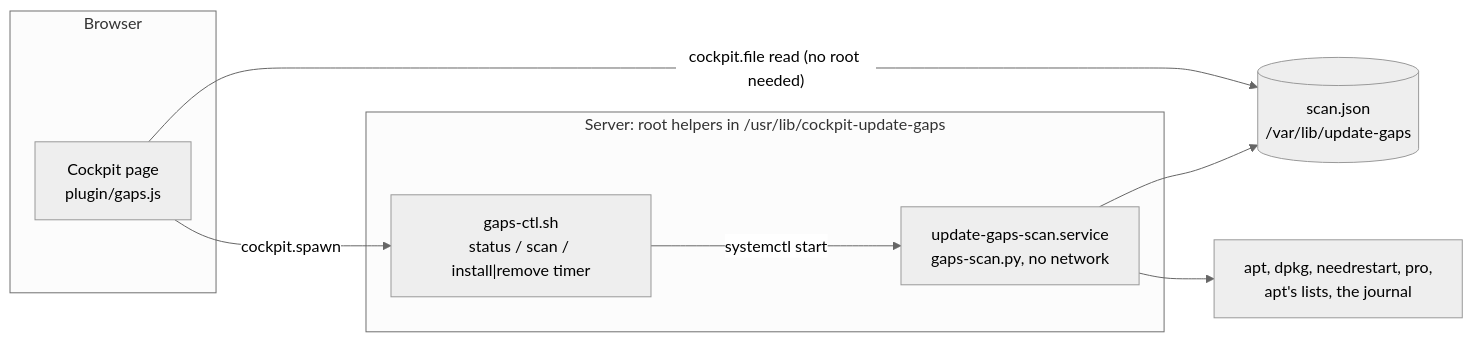
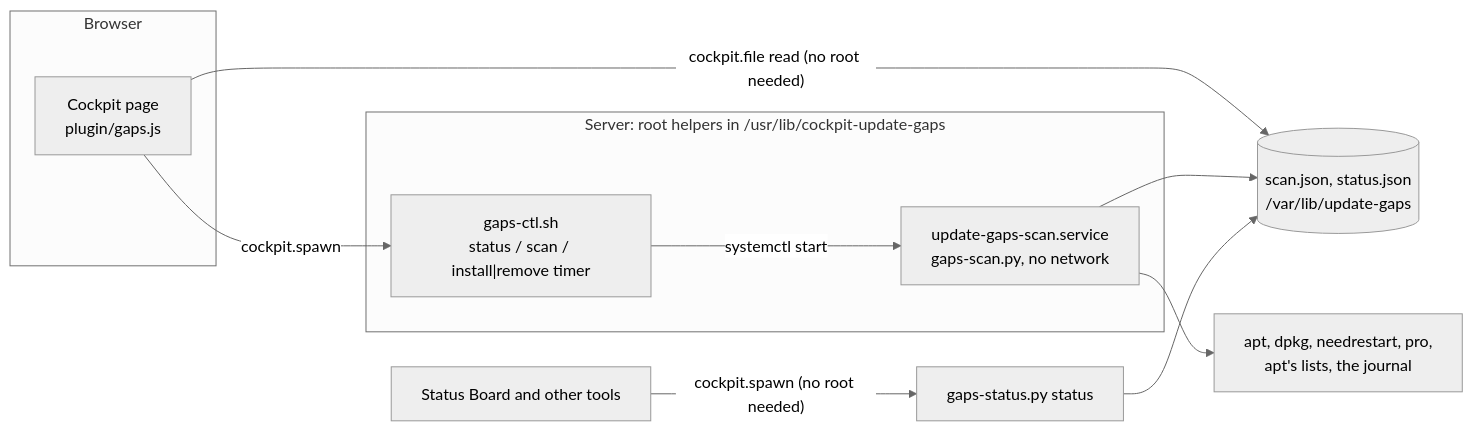
One commit to Azentrius/cockpit-update-gaps changed the diagram in README.md. Above: the diagram before and after it, drawn with Mermaid (neutral theme). The commit also changed other lines of this file and 26 other files, not shown here.

First line of the commit message:
Write the status for the Status Board, run pro without root

````diff
--- a/README.md
+++ b/README.md
@@ -69,17 +69,21 @@
 ```mermaid
 flowchart LR
     subgraph B["Browser"]
         P["Cockpit page<br/>plugin/gaps.js"]
     end
     subgraph H["Server: root helpers in /usr/lib/cockpit-update-gaps"]
         CTL["gaps-ctl.sh<br/>status / scan / install|remove timer"]
         SVC["update-gaps-scan.service<br/>gaps-scan.py, no network"]
     end
-    ST[("scan.json<br/>/var/lib/update-gaps")]
+    ST[("scan.json, status.json<br/>/var/lib/update-gaps")]
     SYS["apt, dpkg, needrestart, pro,<br/>apt's lists, the journal"]
+    SB["Status Board and other tools"]
+    STV["gaps-status.py status"]
     P -->|"cockpit.file read (no root needed)"| ST
     P -->|"cockpit.spawn"| CTL
     CTL -->|"systemctl start"| SVC
     SVC --> SYS
     SVC --> ST
+    SB -->|"cockpit.spawn (no root needed)"| STV
+    STV --> ST
 ```
````
